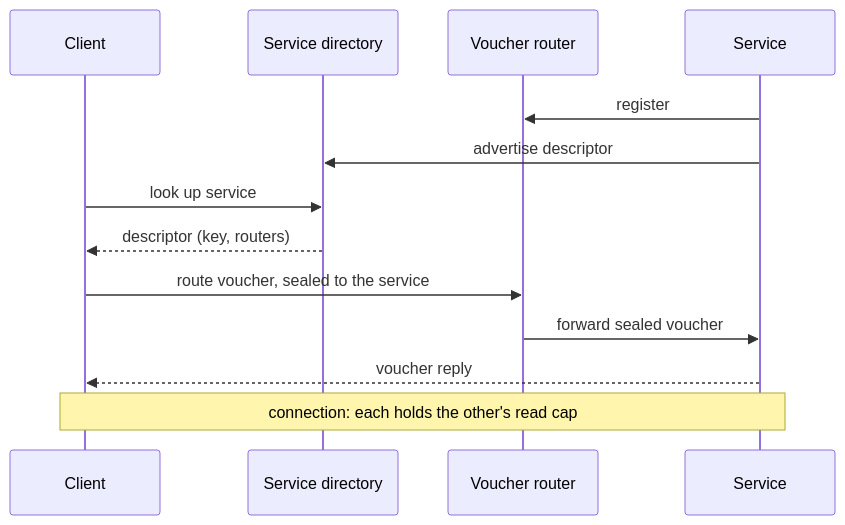
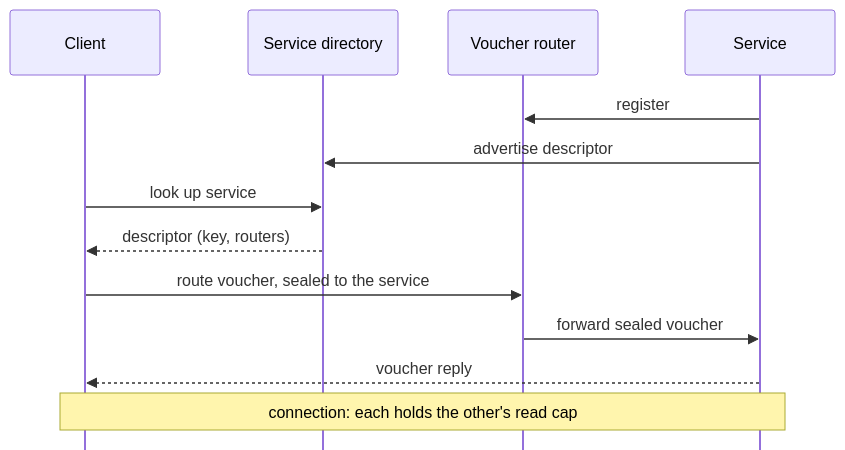
The diagram in docs/services.md (katzenpost/pigeonhole), drawn with Mermaid before and after one commit.

Commit message:
docs: draw the diagram's participants only at the top

````diff
--- a/docs/services.md
+++ b/docs/services.md
@@ -17,15 +17,16 @@
 ```mermaid
+%%{init: {"sequence": {"mirrorActors": false}}}%%
 sequenceDiagram
     participant C as Client
     participant D as Service directory
     participant R as Voucher router
     participant S as Service
     S->>R: register
     S->>D: advertise descriptor
     C->>D: look up service
     D-->>C: descriptor (key, routers)
     C->>R: route voucher, sealed to the service
     R->>S: forward sealed voucher
     S-->>C: voucher reply
     Note over C,S: connection: each holds the other's read cap
 ```
````
